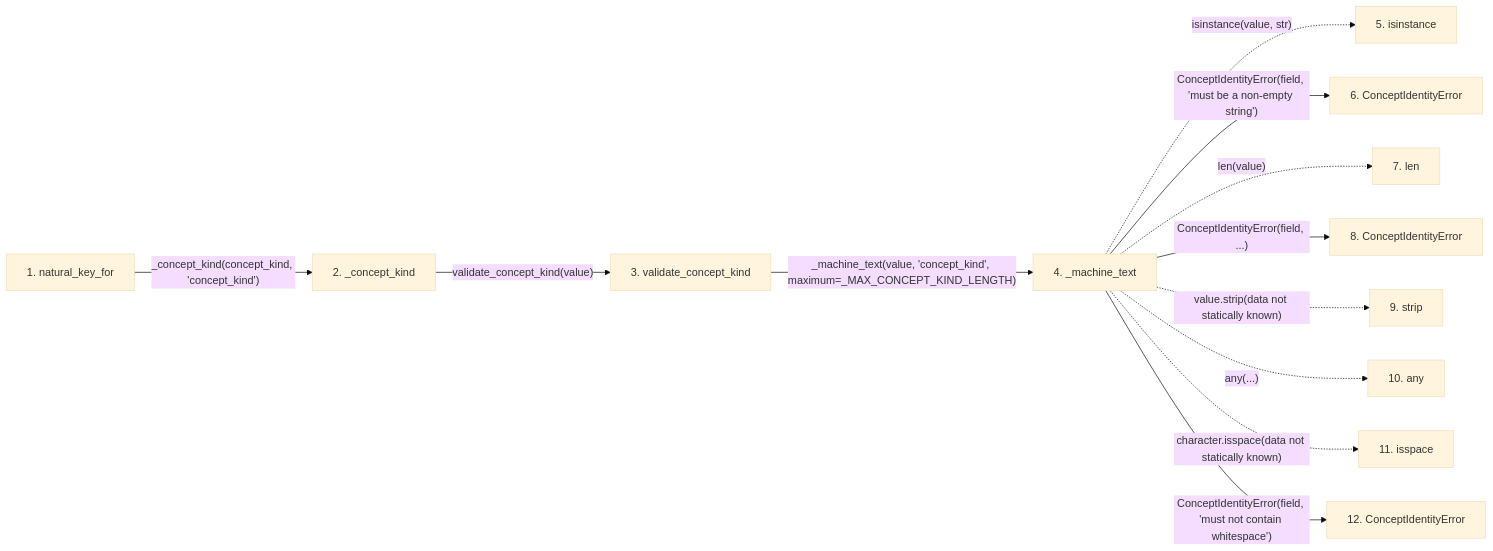
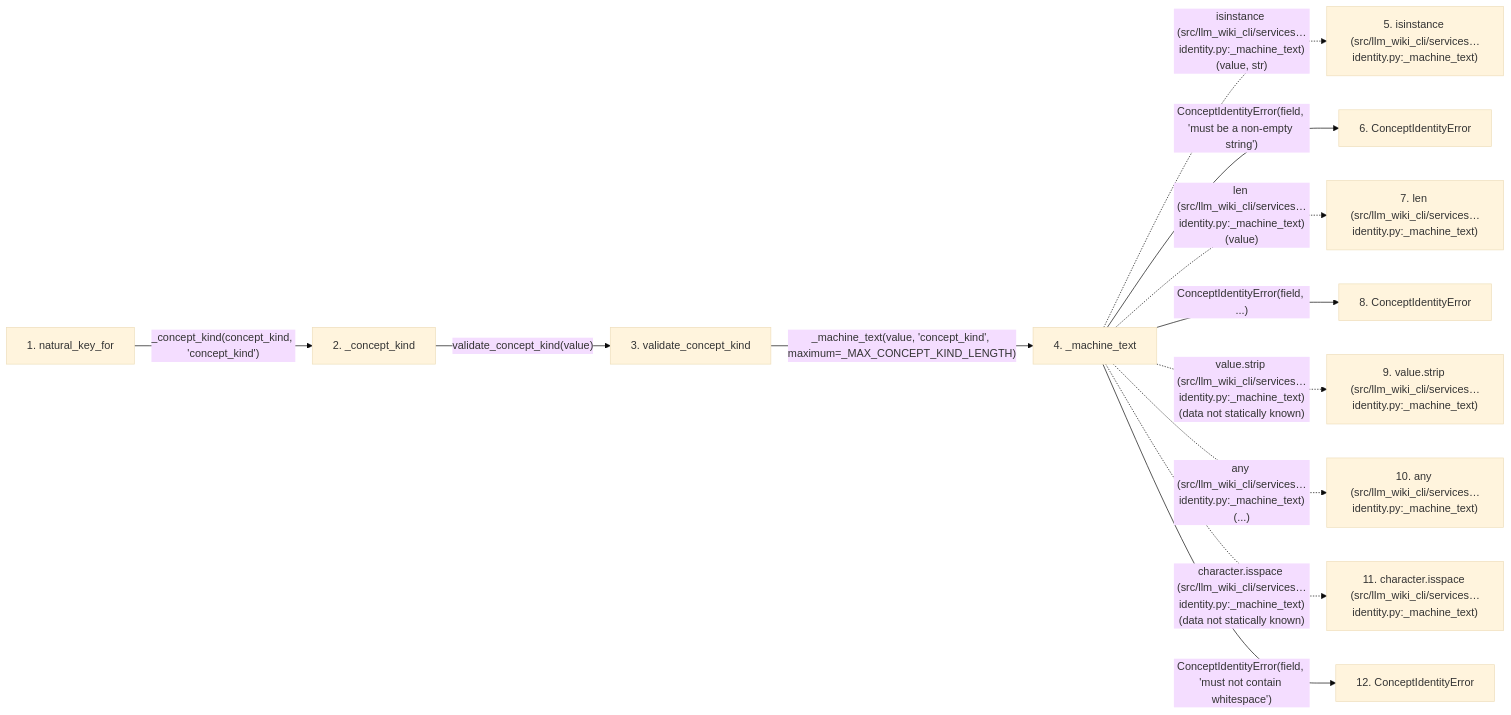
One commit to Denissvgn/python-wiki-llm changed the second of 2 diagrams in docs/llm_wiki/flows/api-natural_key_for.md. Above: the diagram before and after it, drawn with Mermaid (base theme). The commit also changed other lines of this file and 719 other files, not shown here.

````diff
--- a/docs/llm_wiki/flows/api-natural_key_for.md
+++ b/docs/llm_wiki/flows/api-natural_key_for.md
@@ -68,33 +72,33 @@
 ```mermaid
 flowchart LR
     s1["1. natural_key_for"]
     s2["2. _concept_kind"]
     s3["3. validate_concept_kind"]
     s4["4. _machine_text"]
-    s5["5. isinstance"]
+    s5["5. isinstance (src/llm_wiki_cli/services…identity.py:_machine_text)"]
     s6["6. ConceptIdentityError"]
-    s7["7. len"]
+    s7["7. len (src/llm_wiki_cli/services…identity.py:_machine_text)"]
     s8["8. ConceptIdentityError"]
-    s9["9. strip"]
-    s10["10. any"]
-    s11["11. isspace"]
+    s9["9. value.strip (src/llm_wiki_cli/services…identity.py:_machine_text)"]
+    s10["10. any (src/llm_wiki_cli/services…identity.py:_machine_text)"]
+    s11["11. character.isspace (src/llm_wiki_cli/services…identity.py:_machine_text)"]
     s12["12. ConceptIdentityError"]
     s1 -->|"_concept_kind(concept_kind, 'concept_kind')"| s2
     s2 -->|"validate_concept_kind(value)"| s3
     s3 -->|"_machine_text(value, 'concept_kind', maximum=_MAX_CONCEPT_KIND_LENGTH)"| s4
-    s4 -. "isinstance(value, str)" .-> s5
+    s4 -. "isinstance (src/llm_wiki_cli/services…identity.py:_machine_text)(value, str)" .-> s5
     s4 -->|"ConceptIdentityError(field, 'must be a non-empty string')"| s6
-    s4 -. "len(value)" .-> s7
+    s4 -. "len (src/llm_wiki_cli/services…identity.py:_machine_text)(value)" .-> s7
     s4 -->|"ConceptIdentityError(field, ...)"| s8
-    s4 -. "value.strip(data not statically known)" .-> s9
-    s4 -. "any(...)" .-> s10
-    s4 -. "character.isspace(data not statically known)" .-> s11
+    s4 -. "value.strip (src/llm_wiki_cli/services…identity.py:_machine_text)(data not statically known)" .-> s9
+    s4 -. "any (src/llm_wiki_cli/services…identity.py:_machine_text)(...)" .-> s10
+    s4 -. "character.isspace (src/llm_wiki_cli/services…identity.py:_machine_text)(data not statically known)" .-> s11
     s4 -->|"ConceptIdentityError(field, 'must not contain whitespace')"| s12
     click s1 "../modules/knowledge_governance.md"
     click s2 "../modules/knowledge_governance.md"
     click s3 "../modules/concept_identity.md"
     click s4 "../modules/concept_identity.md"
     click s6 "../modules/concept_identity.md"
     click s8 "../modules/concept_identity.md"
     click s12 "../modules/concept_identity.md"
 ```
````
